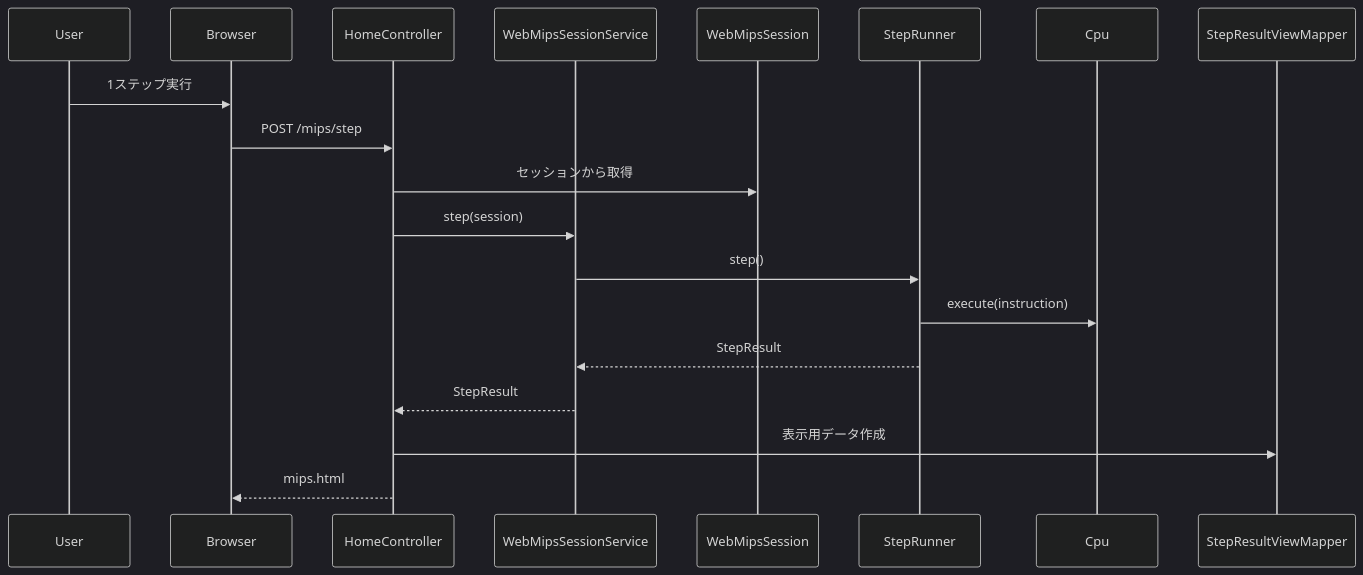
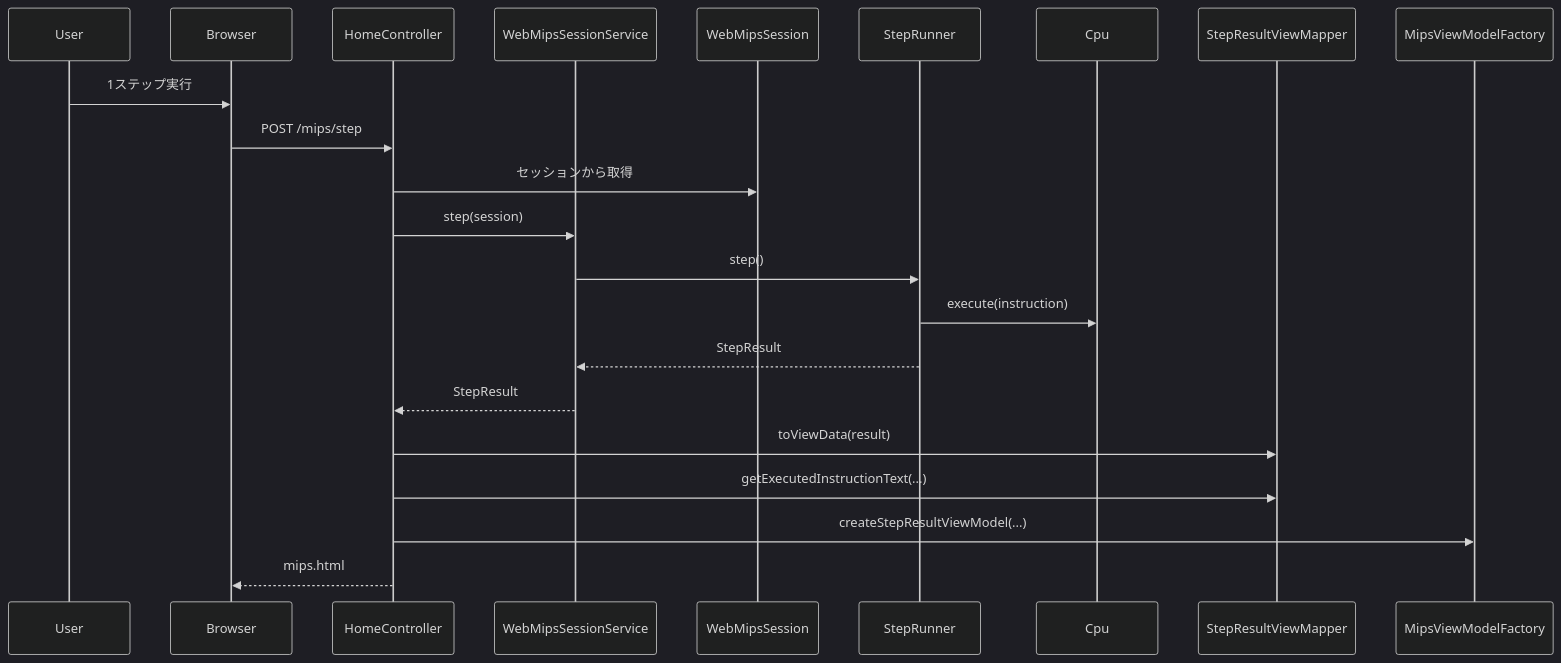
One commit to mkunori/MipsStepLab changed the third of 4 diagrams in README.md. Above: the diagram before and after it, drawn with Mermaid (dark theme). The commit also changed other lines of this file, not shown here.

````diff
--- a/README.md
+++ b/README.md
@@ -272,23 +320,26 @@
 ```mermaid
 sequenceDiagram
 
 participant User
 participant Browser
 participant HomeController
 participant WebMipsSessionService
 participant WebMipsSession
 participant StepRunner
 participant Cpu
 participant StepResultViewMapper
+participant MipsViewModelFactory
 
 User ->> Browser : 1ステップ実行
 Browser ->> HomeController : POST /mips/step
 HomeController ->> WebMipsSession : セッションから取得
 HomeController ->> WebMipsSessionService : step(session)
 WebMipsSessionService ->> StepRunner : step()
 StepRunner ->> Cpu : execute(instruction)
 StepRunner -->> WebMipsSessionService : StepResult
 WebMipsSessionService -->> HomeController : StepResult
-HomeController ->> StepResultViewMapper : 表示用データ作成
+HomeController ->> StepResultViewMapper : toViewData(result)
+HomeController ->> StepResultViewMapper : getExecutedInstructionText(...)
+HomeController ->> MipsViewModelFactory : createStepResultViewModel(...)
 HomeController -->> Browser : mips.html
 ```
````
